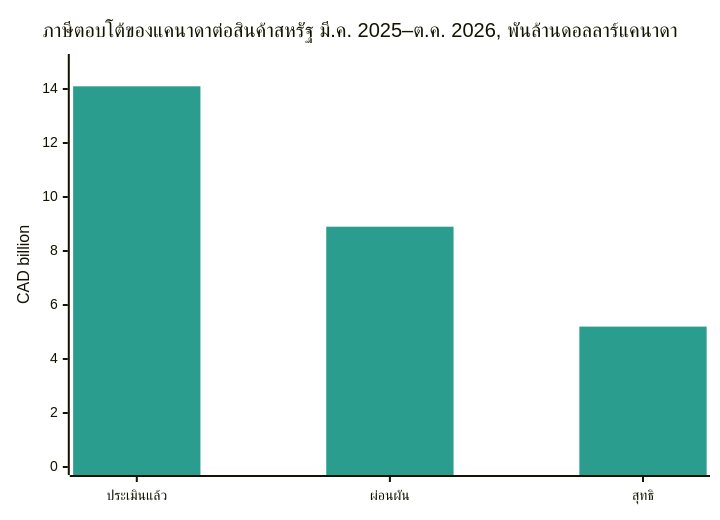
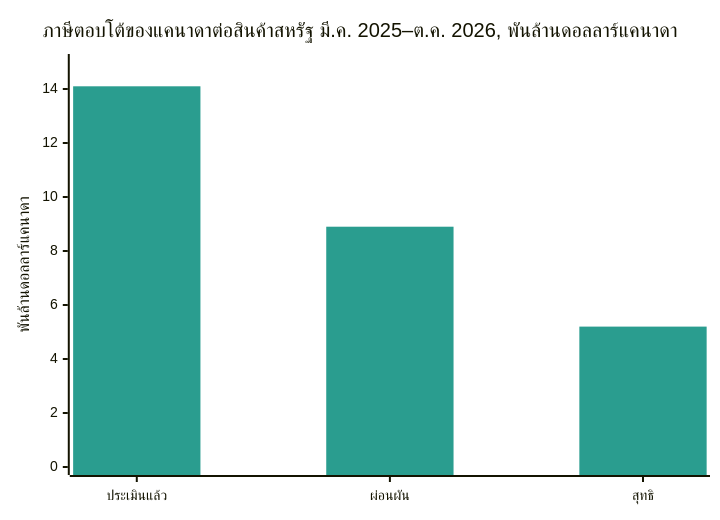
Before and after one commit to dureach/research: the fourth of 15 diagrams in Global-Trade-Intelligence-weekly-2026-11-23/index.th.md, drawn with Mermaid. The commit also changed other lines of this file and 5 other files, not shown here.

````diff
--- a/Global-Trade-Intelligence-weekly-2026-11-23/index.th.md
+++ b/Global-Trade-Intelligence-weekly-2026-11-23/index.th.md
@@ -326,8 +326,8 @@
 ```mermaid
 %%{init: {'theme': 'base', 'themeVariables': {'xyChart': {'plotColorPalette': '#2a9d8f'}}}}%%
 xychart-beta
     title "ภาษีตอบโต้ของแคนาดาต่อสินค้าสหรัฐ มี.ค. 2025–ต.ค. 2026, พันล้านดอลลาร์แคนาดา"
     x-axis ["ประเมินแล้ว", "ผ่อนผัน", "สุทธิ"]
-    y-axis "CAD billion" 0 --> 15
+    y-axis "พันล้านดอลลาร์แคนาดา" 0 --> 15
     bar [14.1, 8.9, 5.2]
 ```
````
